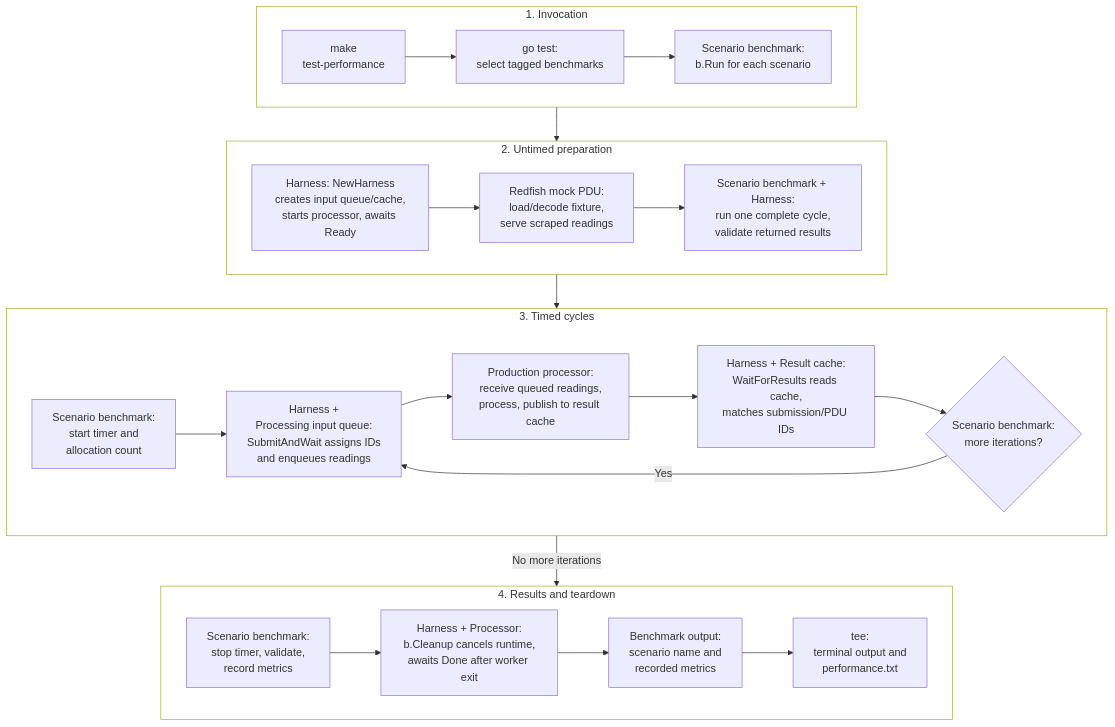
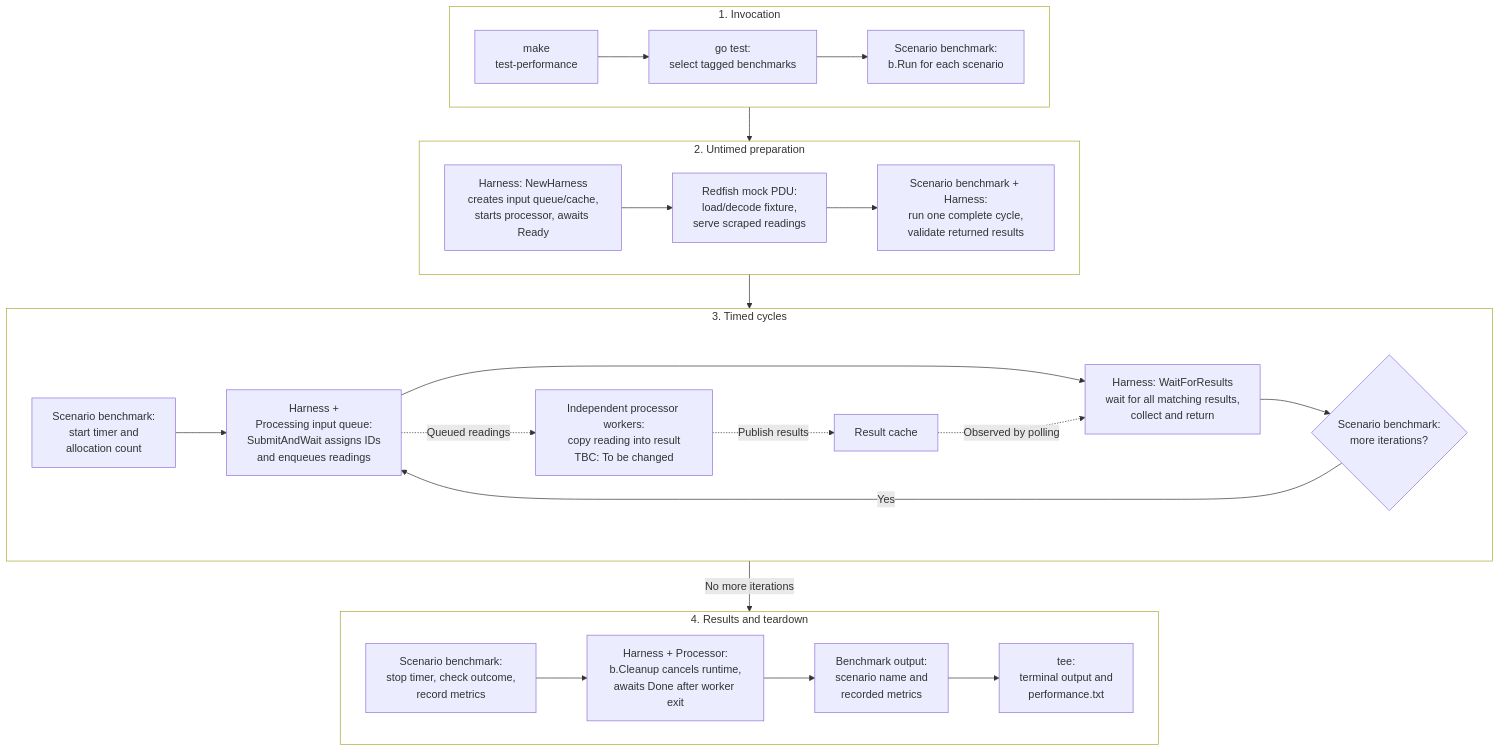
The diagram in docs/testing/performance-testing.md (cloudoperators/rootstock), drawn with Mermaid before and after one commit. The commit also changed other lines of this file and 8 other files, not shown here.

Commit message:
refactored harness config to harness/; implemented minimal processor to pass through queued items to results

````diff
--- a/docs/testing/performance-testing.md
+++ b/docs/testing/performance-testing.md
@@ -87,42 +94,45 @@
 ```mermaid
 flowchart TB
     subgraph Invocation[1. Invocation]
         direction LR
         Entry[make<br/>test-performance] --> GoTest[go test:<br/>select tagged benchmarks]
         GoTest --> Scenario[Scenario benchmark:<br/>b.Run for each scenario]
     end
 
     subgraph Preparation[2. Untimed preparation]
         direction LR
         Setup[Harness: NewHarness<br/>creates input queue/cache,<br/>starts processor, awaits Ready]
         Setup --> Inputs[Redfish mock PDU:<br/>load/decode fixture,<br/>serve scraped readings]
         Inputs --> Warmup[Scenario benchmark + Harness:<br/>run one complete cycle,<br/>validate returned results]
     end
 
     subgraph Measurement[3. Timed cycles]
         direction LR
         Timer[Scenario benchmark:<br/>start timer and<br/>allocation count]
         Timer --> Submit[Harness +<br/>Processing input queue:<br/>SubmitAndWait assigns IDs<br/>and enqueues readings]
-        Submit --> Process[Production processor:<br/>receive queued readings,<br/>process, publish to result cache]
-        Process --> Await[Harness + Result cache:<br/>WaitForResults reads cache,<br/>matches submission/PDU IDs]
+        Submit --> Await[Harness: WaitForResults<br/>wait for all matching results,<br/>collect and return]
         Await --> Repeat{Scenario benchmark:<br/>more iterations?}
         Repeat -->|Yes| Submit
+
+        Submit -.->|Queued readings| Process[Independent processor workers:<br/>copy reading into result<br/>TBC: To be changed]
+        Process -.->|Publish results| Cache[Result cache]
+        Cache -.->|Observed by polling| Await
     end
 
     subgraph Finish[4. Results and teardown]
         direction LR
-        Stop[Scenario benchmark:<br/>stop timer, validate,<br/>record metrics]
+        Stop[Scenario benchmark:<br/>stop timer, check outcome,<br/>record metrics]
         Stop --> Cleanup[Harness + Processor:<br/>b.Cleanup cancels runtime,<br/>awaits Done after worker exit]
         Cleanup --> Output[Benchmark output:<br/>scenario name and<br/>recorded metrics]
         Output --> Tee[tee:<br/>terminal output and<br/>performance.txt]
     end
 
     Invocation --> Preparation
     Preparation --> Measurement
     Measurement -->|No more iterations| Finish
 
     style Invocation fill:transparent
     style Preparation fill:transparent
     style Measurement fill:transparent
     style Finish fill:transparent
 ```
````
